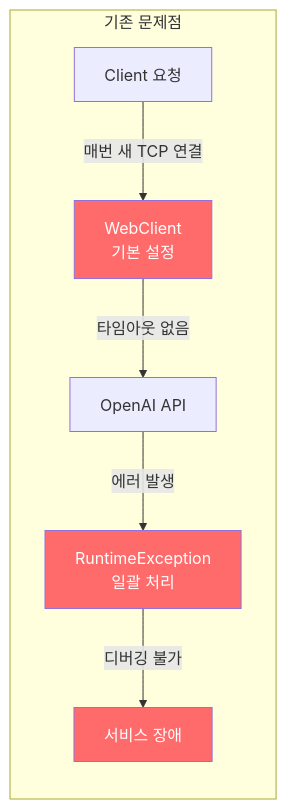
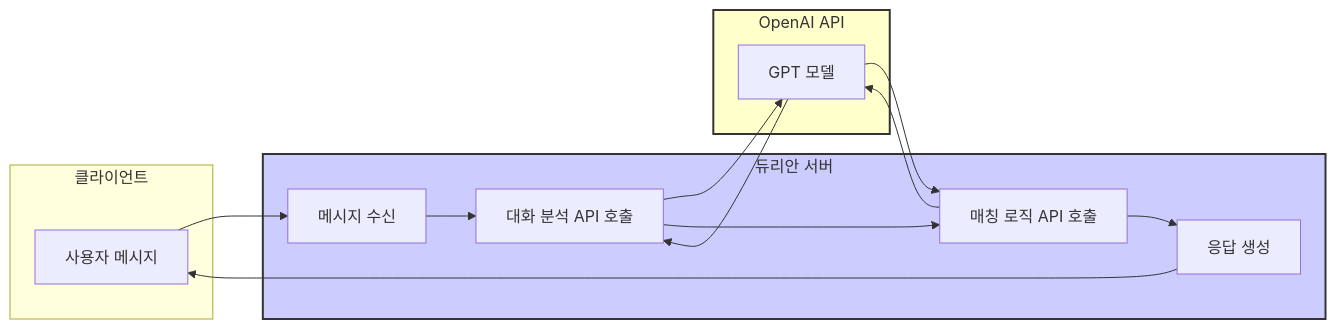
One commit to jiwon11/jiwon11.github.io changed the first of 6 diagrams in _posts/2026-02-06-spring-webflux-openai-api-호출-최적화-개발기.md. Above: the diagram before and after it, drawn with Mermaid. The commit also changed other lines of this file and 4 other files, not shown here.

````diff
--- a/_posts/2026-02-06-spring-webflux-openai-api-호출-최적화-개발기.md
+++ b/_posts/2026-02-06-spring-webflux-openai-api-호출-최적화-개발기.md
@@ -32,13 +42,24 @@
 ```mermaid
 flowchart LR
-    subgraph "기존 문제점"
-        A[Client 요청] -->|매번 새 TCP 연결| B[WebClient<br>기본 설정]
-        B -->|타임아웃 없음| C[OpenAI API]
-        C -->|에러 발생| D[RuntimeException<br>일괄 처리]
-        D -->|디버깅 불가| E[서비스 장애]
+    subgraph Client["클라이언트"]
+        A[사용자 메시지]
     end
 
-    style B fill:#ff6b6b,color:#fff
-    style D fill:#ff6b6b,color:#fff
-    style E fill:#ff6b6b,color:#fff
+    subgraph Server["듀리안 서버"]
+        B[메시지 수신]
+        C[대화 분석 API 호출]
+        D[매칭 로직 API 호출]
+        E[응답 생성]
+    end
+
+    subgraph OpenAI["OpenAI API"]
+        F[GPT 모델]
+    end
+
+    A --> B --> C --> F
+    F --> C --> D --> F
+    F --> D --> E --> A
+
+    style Server fill:#ccf,stroke:#333,stroke-width:2px
+    style OpenAI fill:#ffc,stroke:#333,stroke-width:2px
 ```
````
